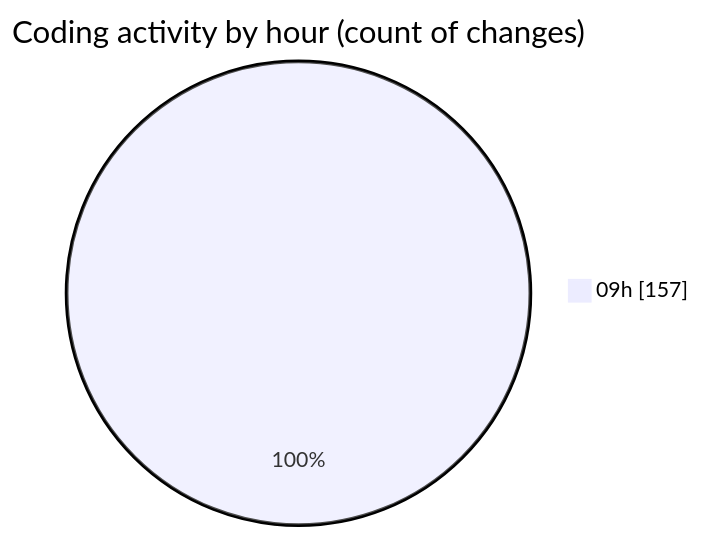
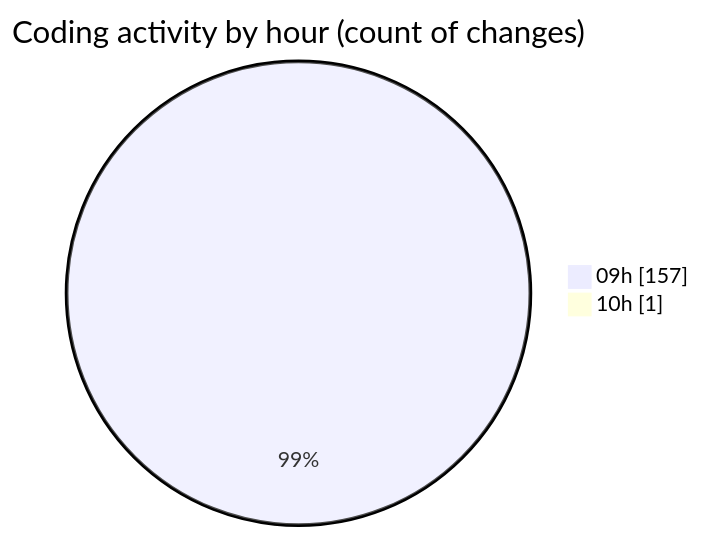
One commit to momahboobian/code-tracking changed the second of 2 diagrams in 2026-11-09/cda/README.md. Above: the diagram before and after it, drawn with Mermaid. The commit also changed other lines of this file and 1 other file, not shown here.

````diff
--- a/2026-11-09/cda/README.md
+++ b/2026-11-09/cda/README.md
@@ -53,5 +54,6 @@
 ```mermaid
 pie showData
 title Coding activity by hour (count of changes)
 "09h" : 157
+"10h" : 1
 ```
````
